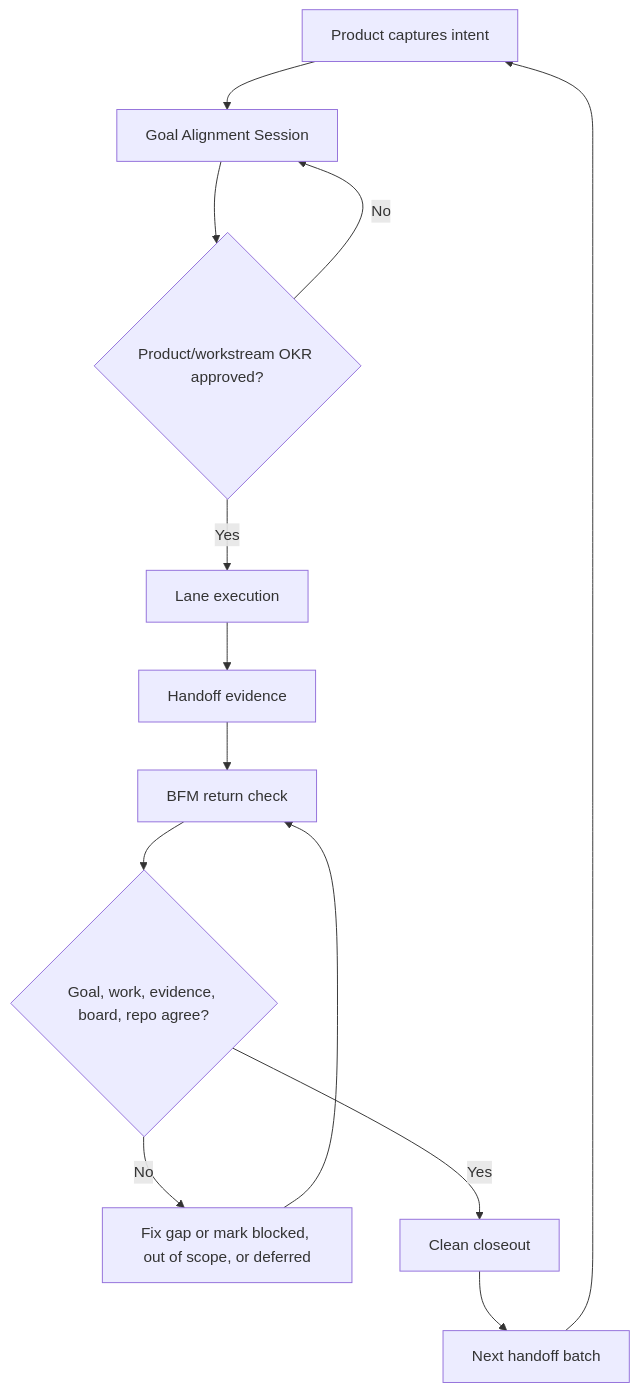
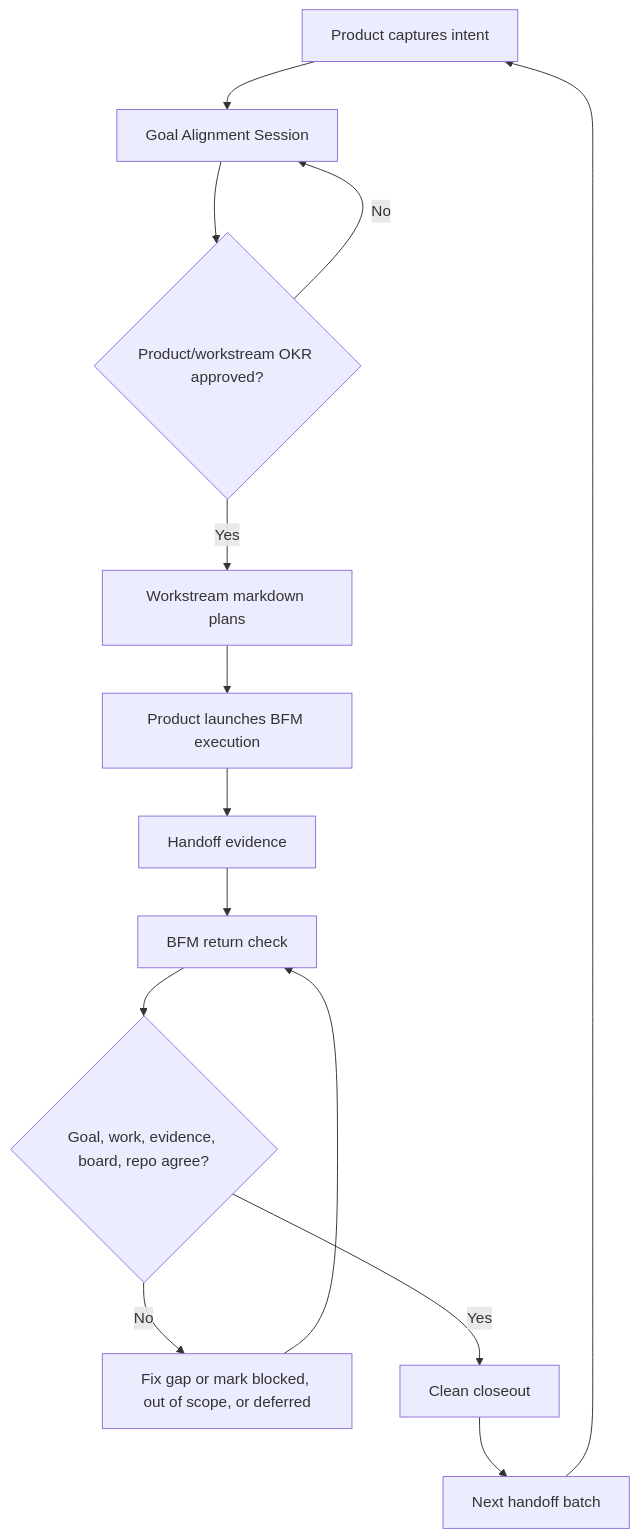
Before and after one commit to friedbeef1/fb-lane-coordination: the diagram in README.md, drawn with Mermaid. The commit also changed other lines of this file and 49 other files, not shown here.

````diff
--- a/README.md
+++ b/README.md
@@ -47,15 +44,16 @@
 ```mermaid
 flowchart TD
     A["Product captures intent"] --> B["Goal Alignment Session"]
     B --> C{"Product/workstream OKR approved?"}
     C -- "No" --> B
-    C -- "Yes" --> D["Lane execution"]
-    D --> E["Handoff evidence"]
-    E --> F["BFM return check"]
+    C -- "Yes" --> D["Workstream markdown plans"]
+    D --> E["Product launches BFM execution"]
+    E --> H0["Handoff evidence"]
+    H0 --> F["BFM return check"]
     F --> G{"Goal, work, evidence, board, repo agree?"}
     G -- "No" --> H["Fix gap or mark blocked, out of scope, or deferred"]
     H --> F
     G -- "Yes" --> I["Clean closeout"]
     I --> J["Next handoff batch"]
     J --> A
 ```
````
